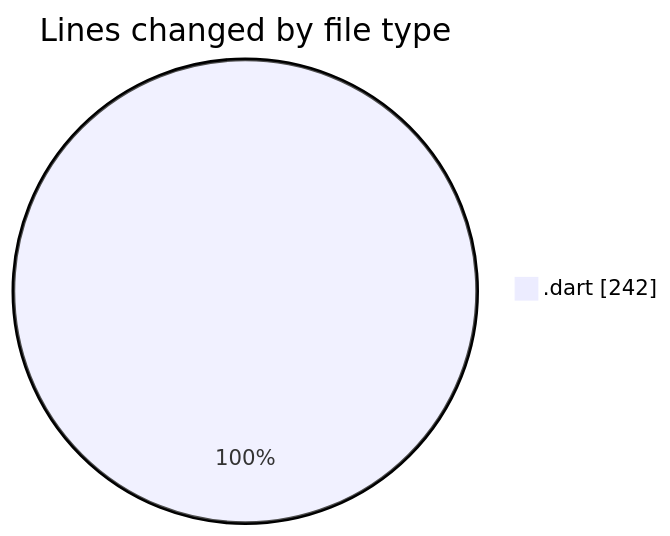
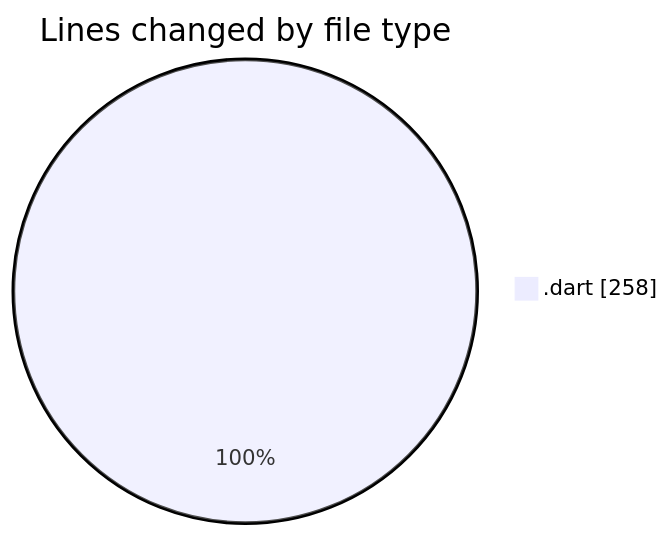
The first of 2 diagrams in 2025-02-27/uber_clone/README.md (donsfak/code-tracking), drawn with Mermaid before and after one commit. The commit also changed other lines of this file and 1 other file, not shown here.

````diff
--- a/2025-02-27/uber_clone/README.md
+++ b/2025-02-27/uber_clone/README.md
@@ -20,5 +20,5 @@
 ```mermaid
 pie showData
 title Lines changed by file type
-".dart" : 242
+".dart" : 258
 ```
````
